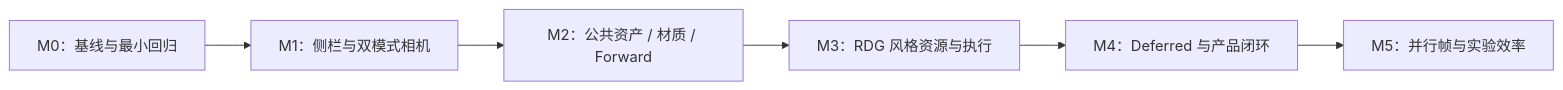
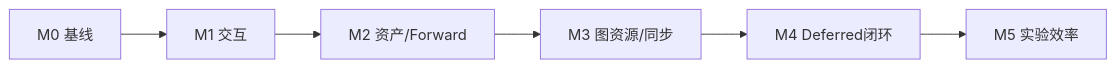
The diagram in docs/structure/roadmap.md (Cyberyb/KuEngine), drawn with Mermaid before and after one commit. The commit also changed other lines of this file and 62 other files, not shown here.

````diff
--- a/docs/structure/roadmap.md
+++ b/docs/structure/roadmap.md
@@ -15,10 +30,5 @@
 ```mermaid
 flowchart LR
-    M0["M0：基线与最小回归"]
-    M1["M1：侧栏与双模式相机"]
-    M2["M2：公共资产 / 材质 / Forward"]
-    M3["M3：RDG 风格资源与执行"]
-    M4["M4：Deferred 与产品闭环"]
-    M5["M5：并行帧与实验效率"]
-    M0 --> M1 --> M2 --> M3 --> M4 --> M5
+    M0["M0 基线"] --> M1["M1 交互"] --> M2["M2 资产/Forward"]
+    M2 --> M3["M3 图资源/同步"] --> M4["M4 Deferred闭环"] --> M5["M5 实验效率"]
 ```
````
